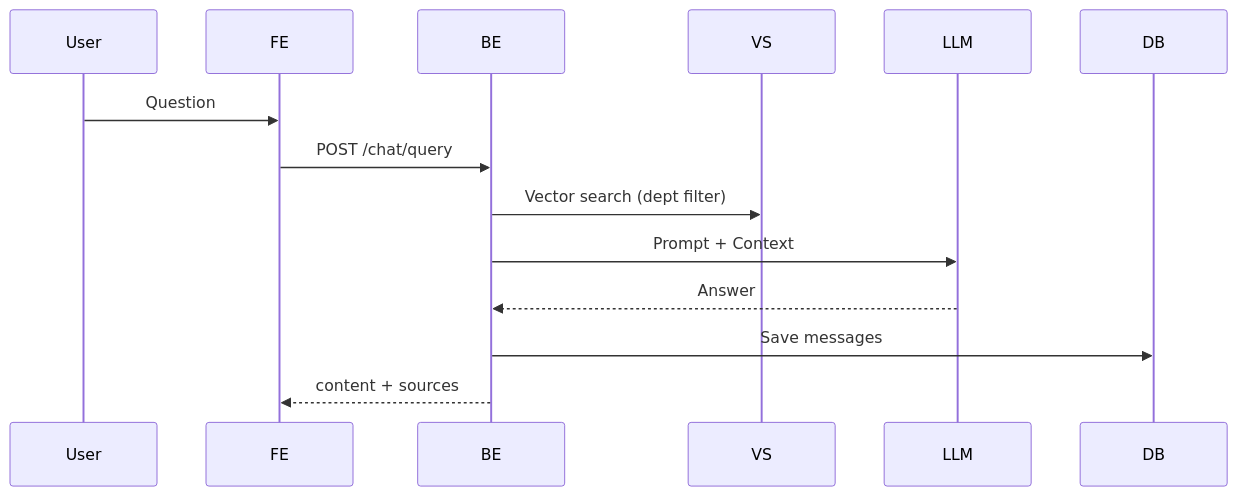
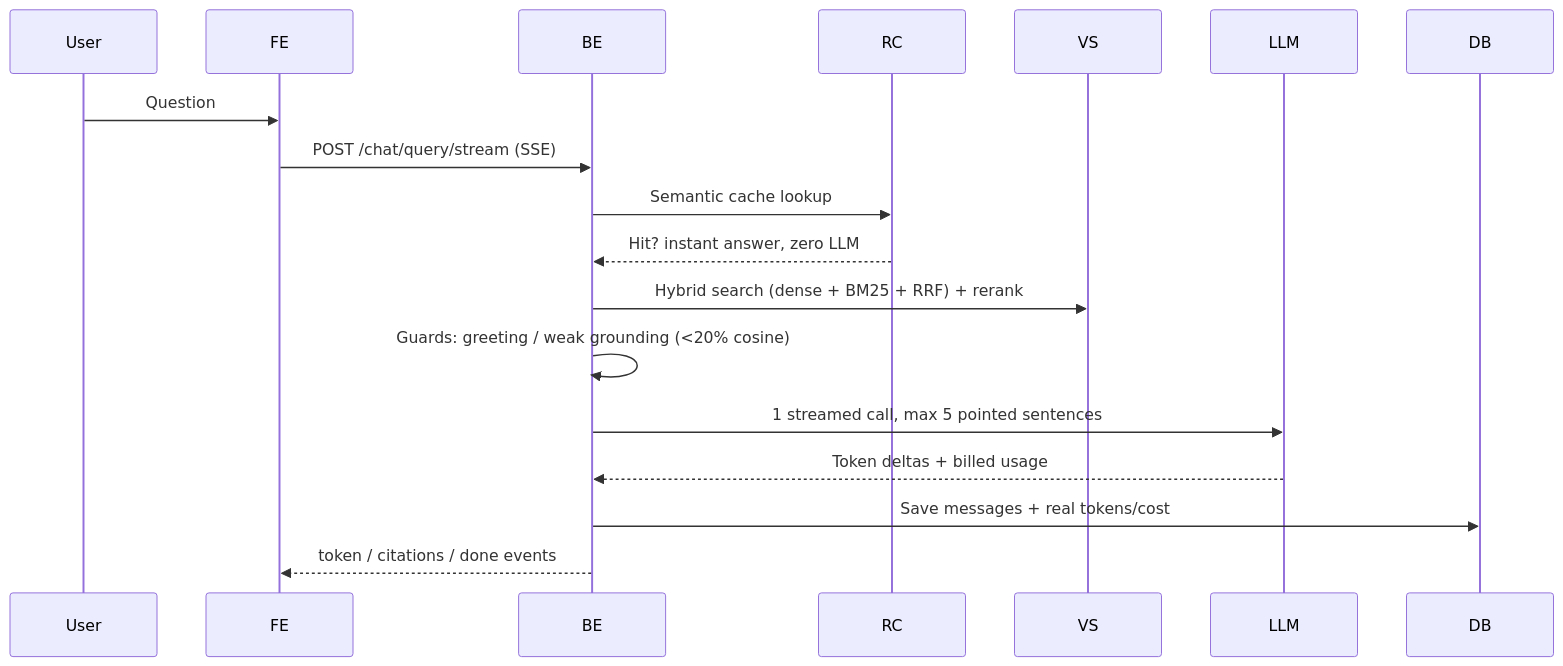
One commit to 9bishal/Enterprise-Document-Intelligence-System- changed the fourth of 7 diagrams in HLD.md. Above: the diagram before and after it, drawn with Mermaid. The commit also changed other lines of this file and 4 other files, not shown here.

````diff
--- a/HLD.md
+++ b/HLD.md
@@ -41,10 +43,13 @@
 ```mermaid
 sequenceDiagram
     User->>FE: Question
-    FE->>BE: POST /chat/query
-    BE->>VS: Vector search (dept filter)
-    BE->>LLM: Prompt + Context
-    LLM-->>BE: Answer
-    BE->>DB: Save messages
-    BE-->>FE: content + sources
+    FE->>BE: POST /chat/query/stream (SSE)
+    BE->>RC: Semantic cache lookup
+    RC-->>BE: Hit? instant answer, zero LLM
+    BE->>VS: Hybrid search (dense + BM25 + RRF) + rerank
+    BE->>BE: Guards: greeting / weak grounding (<20% cosine)
+    BE->>LLM: 1 streamed call, max 5 pointed sentences
+    LLM-->>BE: Token deltas + billed usage
+    BE->>DB: Save messages + real tokens/cost
+    BE-->>FE: token / citations / done events
 ```
````
